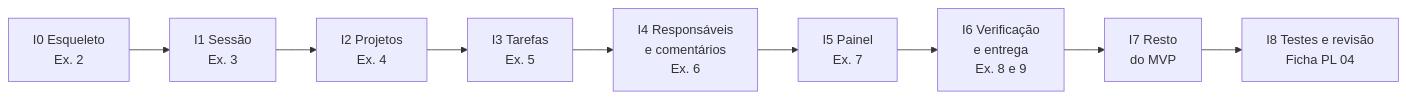
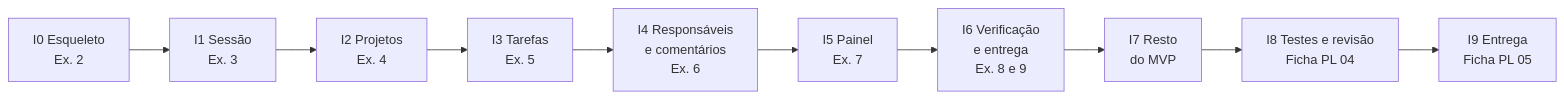
Before and after one commit to vapreace/ai-power-software-engineering-matrix: the diagram in docs/implementation-plan.md, drawn with Mermaid. The commit also changed other lines of this file and 3 other files, not shown here.

````diff
--- a/docs/implementation-plan.md
+++ b/docs/implementation-plan.md
@@ -73,4 +73,4 @@
 ```mermaid
 flowchart LR
-    I0["I0 Esqueleto<br/>Ex. 2"] --> I1["I1 Sessão<br/>Ex. 3"] --> I2["I2 Projetos<br/>Ex. 4"] --> I3["I3 Tarefas<br/>Ex. 5"] --> I4["I4 Responsáveis<br/>e comentários<br/>Ex. 6"] --> I5["I5 Painel<br/>Ex. 7"] --> I6["I6 Verificação<br/>e entrega<br/>Ex. 8 e 9"] --> I7["I7 Resto<br/>do MVP"] --> I8["I8 Testes e revisão<br/>Ficha PL 04"]
+    I0["I0 Esqueleto<br/>Ex. 2"] --> I1["I1 Sessão<br/>Ex. 3"] --> I2["I2 Projetos<br/>Ex. 4"] --> I3["I3 Tarefas<br/>Ex. 5"] --> I4["I4 Responsáveis<br/>e comentários<br/>Ex. 6"] --> I5["I5 Painel<br/>Ex. 7"] --> I6["I6 Verificação<br/>e entrega<br/>Ex. 8 e 9"] --> I7["I7 Resto<br/>do MVP"] --> I8["I8 Testes e revisão<br/>Ficha PL 04"] --> I9["I9 Entrega<br/>Ficha PL 05"]
 ```
````
